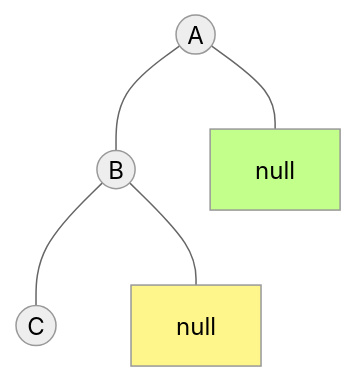
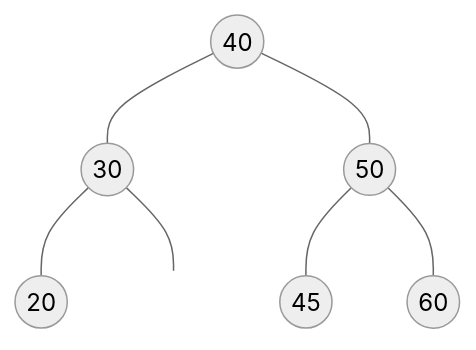
The tenth of 14 diagrams in content/posts/2007/ds_avl-tree.md (chupai/website-hugo), drawn with Mermaid (neutral theme) before and after one commit. The commit also changed other lines of this file and 49 other files, not shown here.

````diff
--- a/content/posts/2007/ds_avl-tree.md
+++ b/content/posts/2007/ds_avl-tree.md
@@ -140,10 +246,9 @@
 ```mermaid
 graph TB;
-  A((A)) ---  B((B)) & n1[null];
-  B((B)) --- C((C)) & n3[null];
-  classDef n1 fill:#c2ff8b;
-  classDef n2 fill:#ff8b8b;
-  classDef n3 fill:#fff68b;
-  n1:::n1;
-  n3:::n3;
+  A((40)) --- B((30)) & C((50));
+  B((30)) --- D((20)) & n1((null));
+  C((50)) --- E((45)) & F((60));
+  
+  class n1 transparent;
+  classDef transparent fill:transparent,color:transparent,stroke:transparent;
 ```
````
